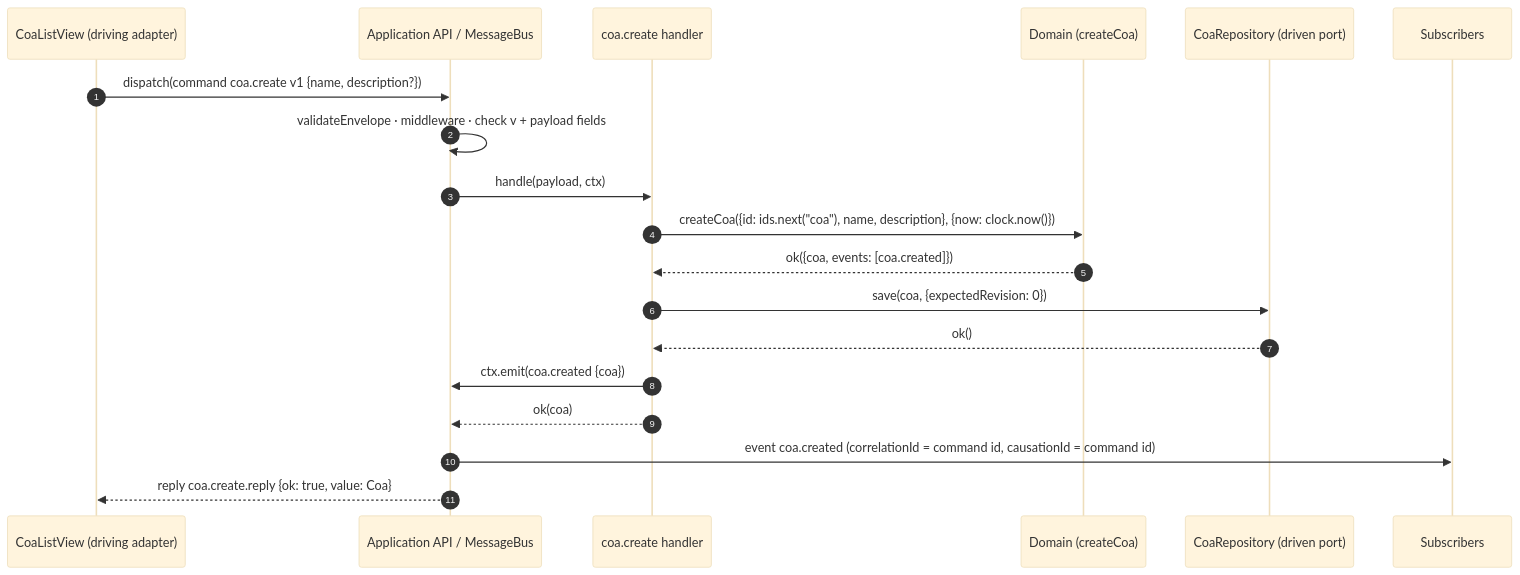
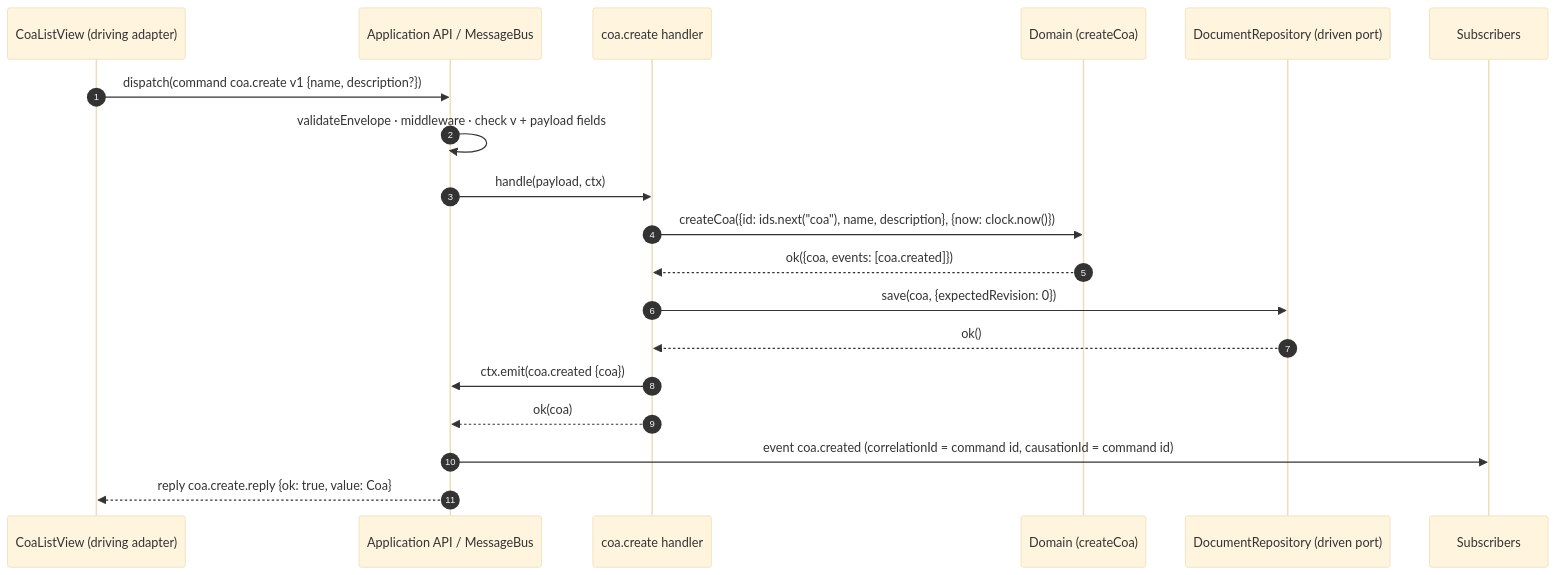
One commit to kentongoldthorpe/sidc changed the fifth of 9 diagrams in docs/ARCHITECTURE.md. Above: the diagram before and after it, drawn with Mermaid (base theme). The commit also changed other lines of this file and 65 other files, not shown here.

First line of the commit message:
M10-1 One storage port: DocumentRepository for COAs, settings and documents (D31)

````diff
--- a/docs/ARCHITECTURE.md
+++ b/docs/ARCHITECTURE.md
@@ -171,22 +170,22 @@
 ```mermaid
 sequenceDiagram
   autonumber
   participant UI as CoaListView (driving adapter)
   participant App as Application API / MessageBus
   participant H as coa.create handler
   participant D as Domain (createCoa)
-  participant R as CoaRepository (driven port)
+  participant R as DocumentRepository (driven port)
   participant S as Subscribers
 
   UI->>App: dispatch(command coa.create v1 {name, description?})
   App->>App: validateEnvelope · middleware · check v + payload fields
   App->>H: handle(payload, ctx)
   H->>D: createCoa({id: ids.next("coa"), name, description}, {now: clock.now()})
   D-->>H: ok({coa, events: [coa.created]})
   H->>R: save(coa, {expectedRevision: 0})
   R-->>H: ok()
   H->>App: ctx.emit(coa.created {coa})
   H-->>App: ok(coa)
   App->>S: event coa.created (correlationId = command id, causationId = command id)
   App-->>UI: reply coa.create.reply {ok: true, value: Coa}
 ```
````
